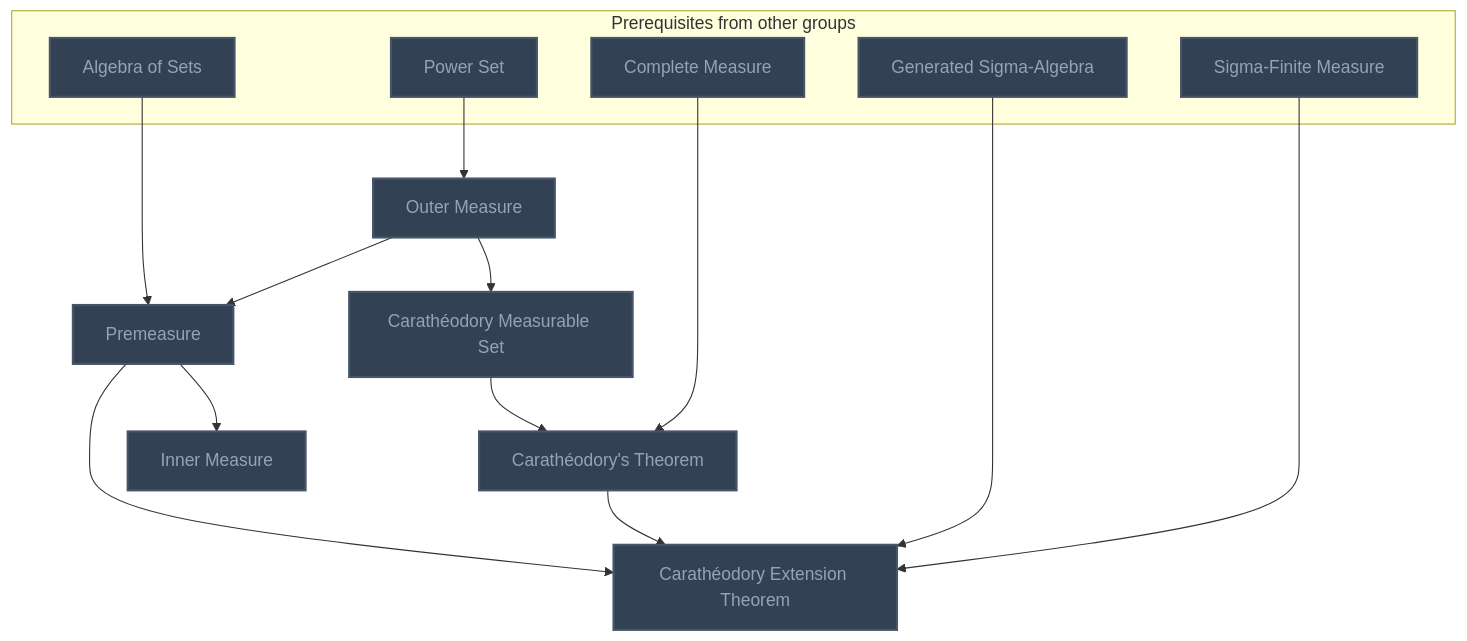
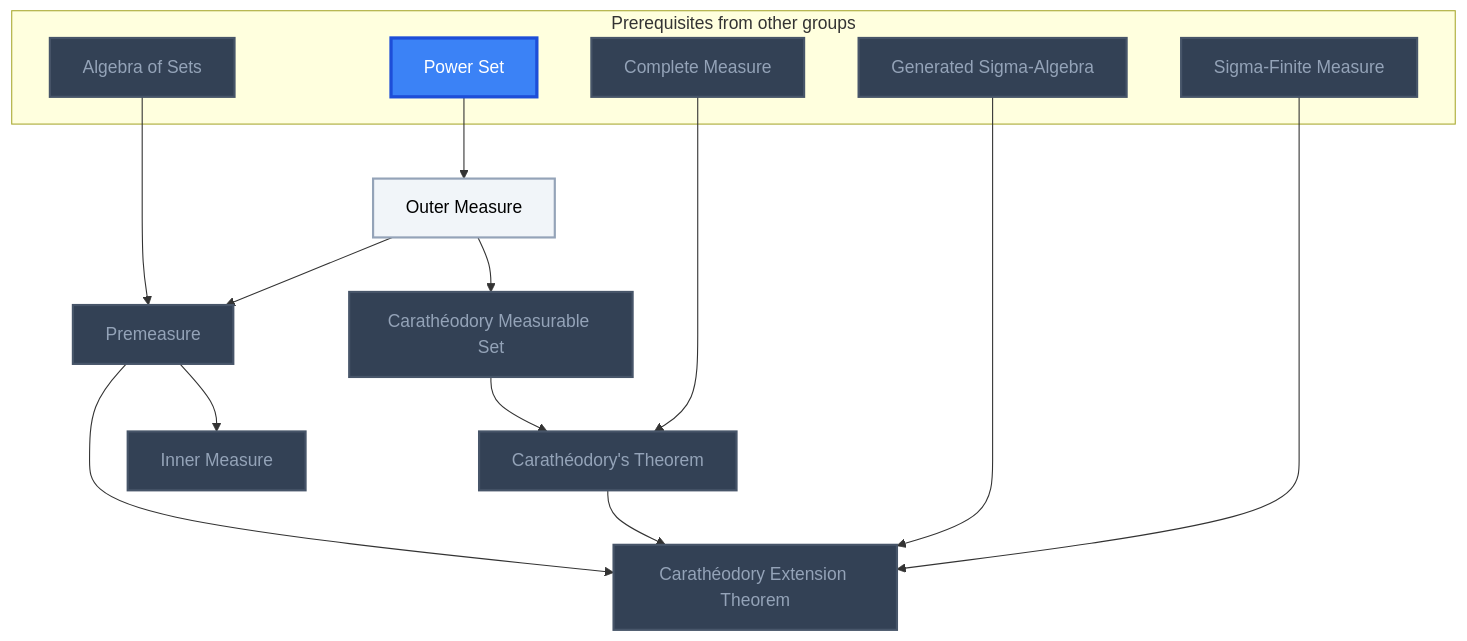
One commit to MRauf1/My-Notes changed the tenth of 13 diagrams in Gamification/Skill Trees/Measure Theory.md. Above: the diagram before and after it, drawn with Mermaid. The commit also changed other lines of this file and 62 other files, not shown here.

````diff
--- a/Gamification/Skill Trees/Measure Theory.md
+++ b/Gamification/Skill Trees/Measure Theory.md
@@ -350,38 +358,40 @@
 ```mermaid
 flowchart TD
     classDef planned fill:#1E293B,stroke:#64748B,stroke-width:2px,stroke-dasharray:5 5,color:#94A3B8;
     classDef locked fill:#334155,stroke:#475569,stroke-width:2px,color:#94A3B8;
     classDef L0 fill:#F1F5F9,stroke:#94A3B8,stroke-width:2px,color:#000000;
     classDef L1 fill:#22C55E,stroke:#15803D,stroke-width:2px,color:#000000;
     classDef L2 fill:#3B82F6,stroke:#1D4ED8,stroke-width:3px,color:#FFFFFF;
     classDef L3 fill:#A855F7,stroke:#6B21A8,stroke-width:3px,color:#FFFFFF,font-weight:bold;
     classDef L4 fill:#F97316,stroke:#C2410C,stroke-width:4px,color:#000000,font-weight:bold;
     classDef L5 fill:#FFD700,stroke:#FF8C00,stroke-width:5px,color:#000000,font-weight:bold;
     classDef rusty stroke:#8B4513,stroke-width:4px,stroke-dasharray:3 3;
     subgraph sg_prereqs["Prerequisites from other groups"]
         n_power_set["Power Set"]
         n_complete_measure["Complete Measure"]
         n_algebra_of_sets["Algebra of Sets"]
         n_generated_sigma_algebra["Generated Sigma-Algebra"]
         n_sigma_finite_measure["Sigma-Finite Measure"]
     end
     n_outer_measure["Outer Measure"]
     n_carath_odory_measurable_set["Carathéodory Measurable Set"]
     n_carath_odory_s_theorem["Carathéodory's Theorem"]
     n_premeasure["Premeasure"]
     n_carath_odory_extension_theorem["Carathéodory Extension Theorem"]
     n_inner_measure["Inner Measure"]
     n_power_set --> n_outer_measure
     n_outer_measure --> n_carath_odory_measurable_set
     n_carath_odory_measurable_set --> n_carath_odory_s_theorem
     n_complete_measure --> n_carath_odory_s_theorem
     n_algebra_of_sets --> n_premeasure
     n_outer_measure --> n_premeasure
     n_premeasure --> n_carath_odory_extension_theorem
     n_carath_odory_s_theorem --> n_carath_odory_extension_theorem
     n_generated_sigma_algebra --> n_carath_odory_extension_theorem
     n_sigma_finite_measure --> n_carath_odory_extension_theorem
     n_premeasure --> n_inner_measure
-    class n_power_set,n_complete_measure,n_algebra_of_sets,n_generated_sigma_algebra,n_sigma_finite_measure,n_outer_measure,n_carath_odory_measurable_set,n_carath_odory_s_theorem,n_premeasure,n_carath_odory_extension_theorem,n_inner_measure locked;
+    class n_complete_measure,n_algebra_of_sets,n_generated_sigma_algebra,n_sigma_finite_measure,n_carath_odory_measurable_set,n_carath_odory_s_theorem,n_premeasure,n_carath_odory_extension_theorem,n_inner_measure locked;
+    class n_outer_measure L0;
+    class n_power_set L2;
     class n_power_set,n_complete_measure,n_algebra_of_sets,n_generated_sigma_algebra,n_sigma_finite_measure,n_outer_measure,n_carath_odory_measurable_set,n_carath_odory_s_theorem,n_premeasure,n_carath_odory_extension_theorem,n_inner_measure internal-link;
 ```
````
